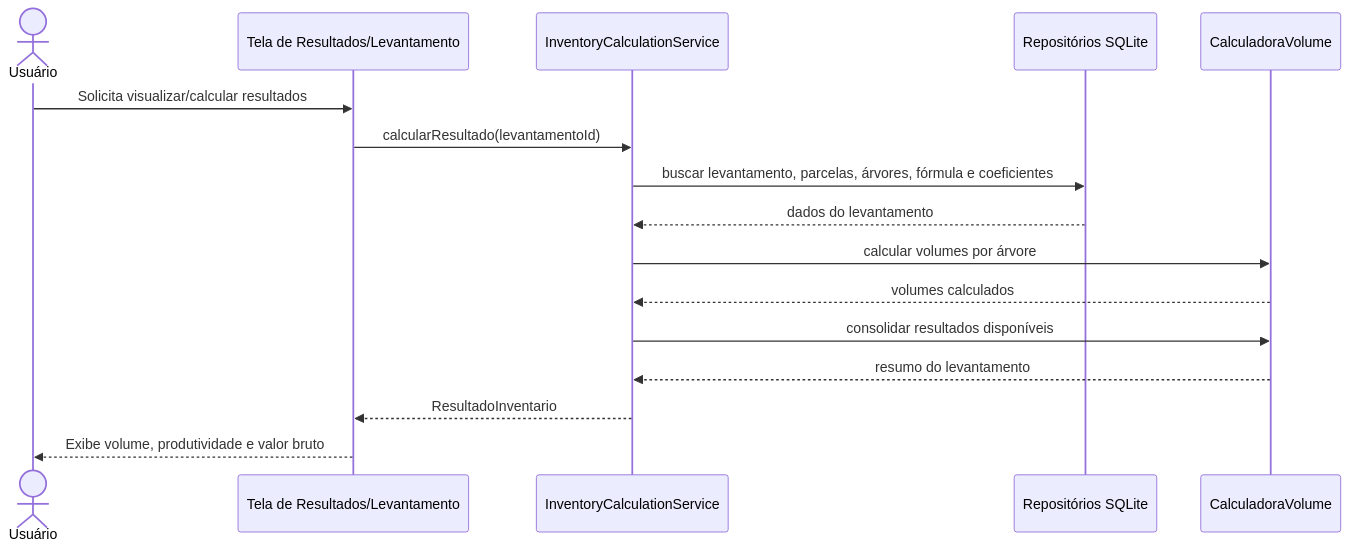
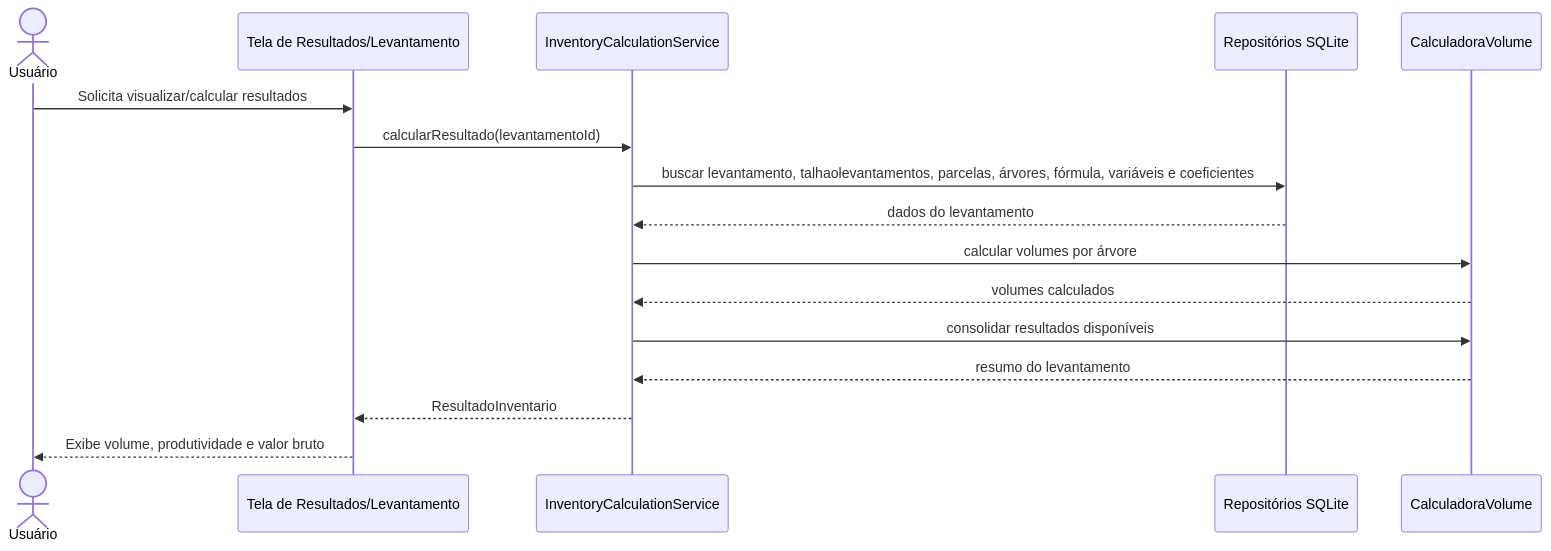
Before and after one commit to mateushernandes10-droid/dendro_mobile: the seventh of 10 diagrams in tcc_codex_context/docs/ENGINEERING_MODELS.md, drawn with Mermaid. The commit also changed other lines of this file and 40 other files, not shown here.

````diff
--- a/tcc_codex_context/docs/ENGINEERING_MODELS.md
+++ b/tcc_codex_context/docs/ENGINEERING_MODELS.md
@@ -589,19 +715,19 @@
 ```mermaid
 sequenceDiagram
     actor Usuario as Usuário
     participant Tela as Tela de Resultados/Levantamento
     participant Servico as InventoryCalculationService
     participant Repo as Repositórios SQLite
     participant Calc as CalculadoraVolume
 
     Usuario->>Tela: Solicita visualizar/calcular resultados
     Tela->>Servico: calcularResultado(levantamentoId)
-    Servico->>Repo: buscar levantamento, parcelas, árvores, fórmula e coeficientes
+    Servico->>Repo: buscar levantamento, talhaolevantamentos, parcelas, árvores, fórmula, variáveis e coeficientes
     Repo-->>Servico: dados do levantamento
     Servico->>Calc: calcular volumes por árvore
     Calc-->>Servico: volumes calculados
     Servico->>Calc: consolidar resultados disponíveis
     Calc-->>Servico: resumo do levantamento
     Servico-->>Tela: ResultadoInventario
     Tela-->>Usuario: Exibe volume, produtividade e valor bruto
 ```
````
